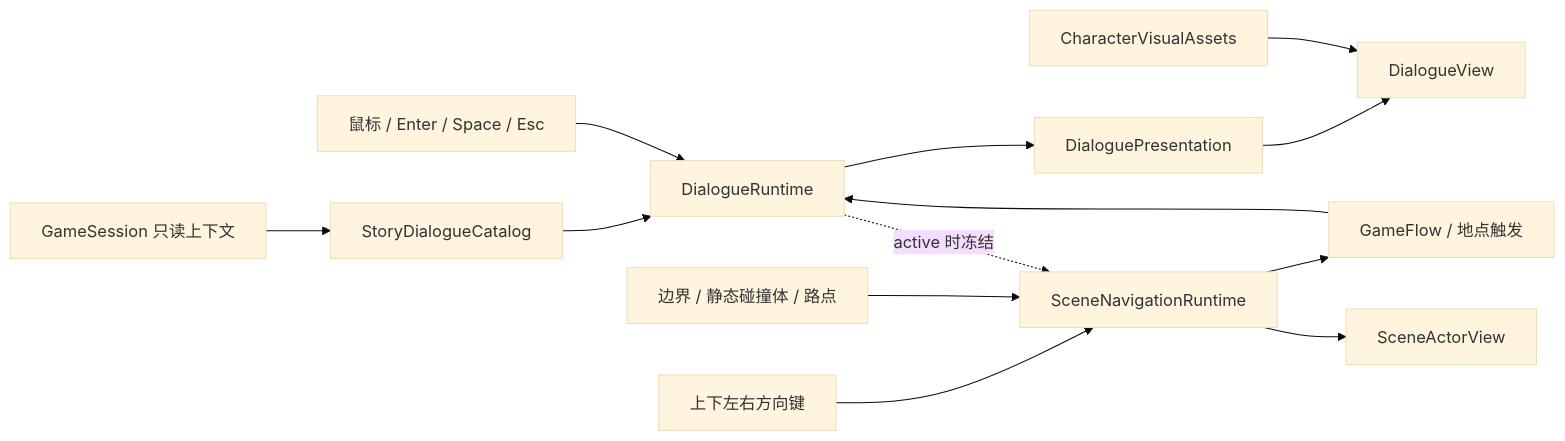
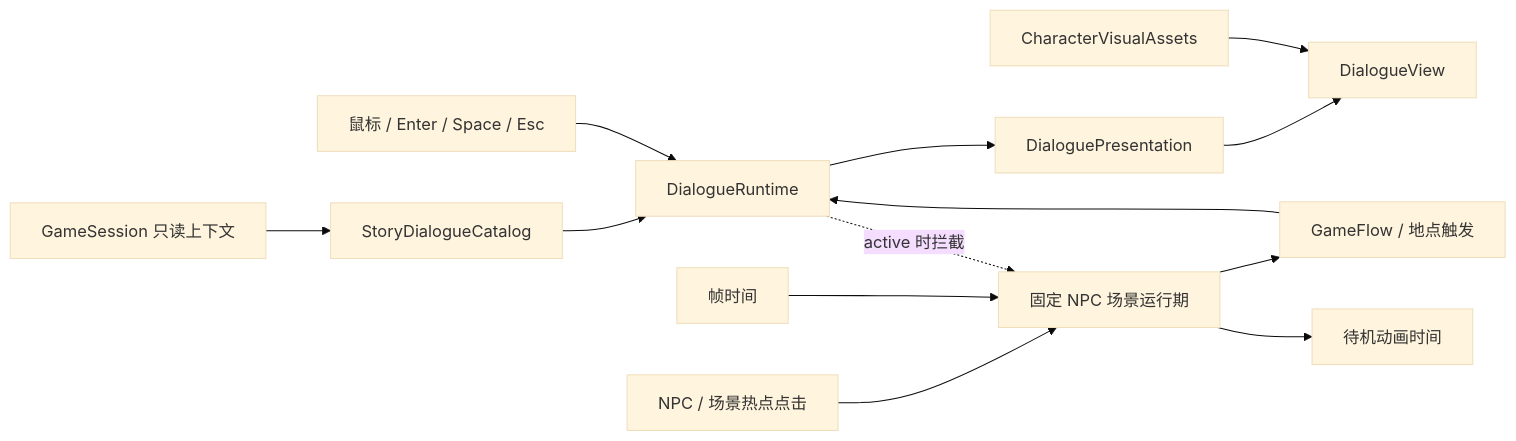
One commit to ljm-hsw/-666 changed the diagram in docs/CHARACTER_DIALOGUE_PLAN.md. Above: the diagram before and after it, drawn with Mermaid (base theme). The commit also changed other lines of this file and 40 other files, not shown here.

Commit message:
Replace indoor navigation with fixed NPC interactions

````diff
--- a/docs/CHARACTER_DIALOGUE_PLAN.md
+++ b/docs/CHARACTER_DIALOGUE_PLAN.md
@@ -59,15 +61,15 @@
 ```mermaid
 flowchart LR
     Session["GameSession 只读上下文"] --> Catalog["StoryDialogueCatalog"]
     Trigger["GameFlow / 地点触发"] --> Runtime["DialogueRuntime"]
     Catalog --> Runtime
     Runtime --> Presentation["DialoguePresentation"]
     Presentation --> View["DialogueView"]
     Assets["CharacterVisualAssets"] --> View
     Input["鼠标 / Enter / Space / Esc"] --> Runtime
-    ArrowInput["上下左右方向键"] --> Navigation["SceneNavigationRuntime"]
-    Layout["边界 / 静态碰撞体 / 路点"] --> Navigation
-    Navigation --> ActorView["SceneActorView"]
-    Navigation --> Trigger
-    Runtime -.->|active 时冻结| Navigation
+    Click["NPC / 场景热点点击"] --> FixedNpc["固定 NPC 场景运行期"]
+    Delta["帧时间"] --> FixedNpc
+    FixedNpc --> Idle["待机动画时间"]
+    FixedNpc --> Trigger
+    Runtime -.->|active 时拦截| FixedNpc
 ```
````
